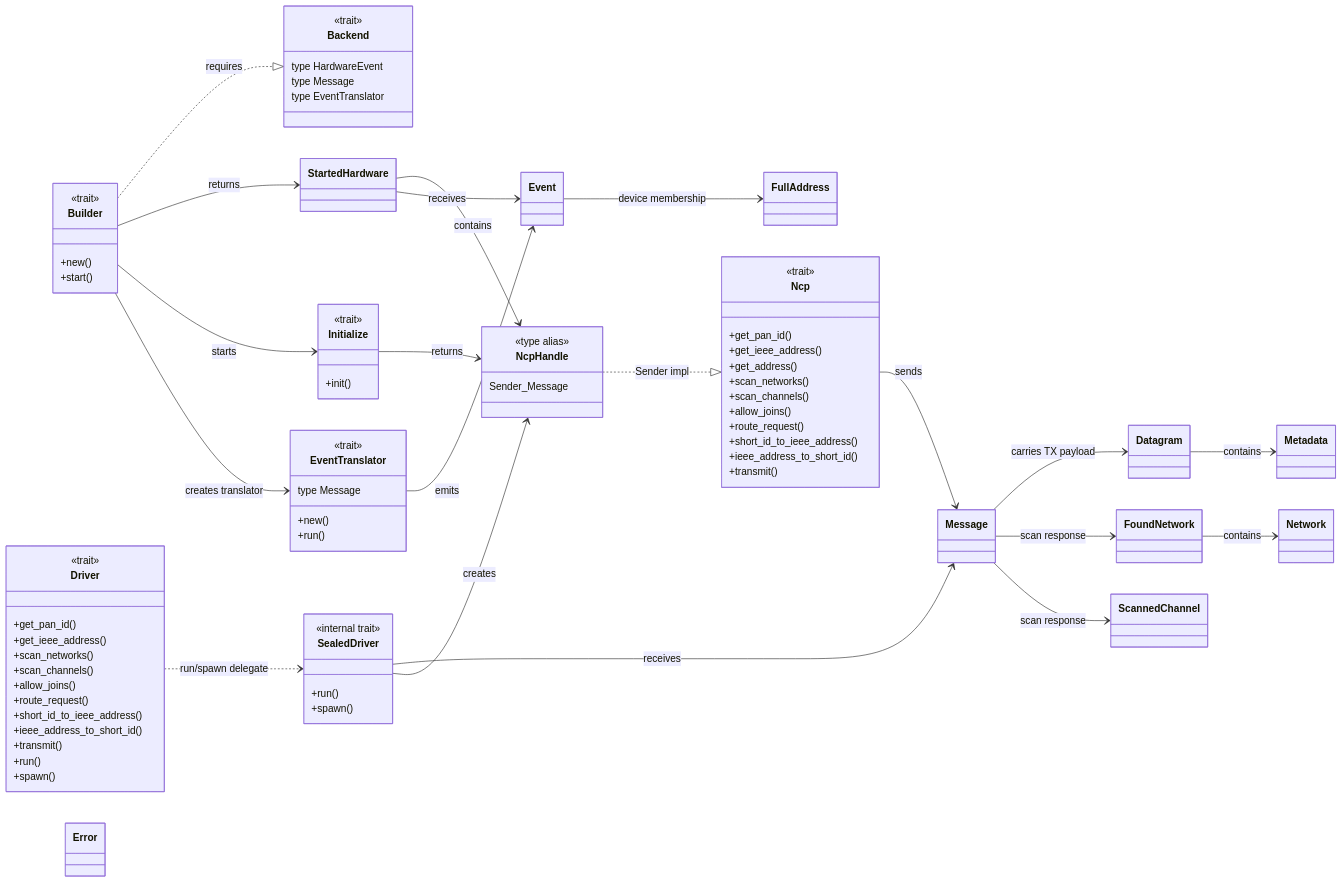
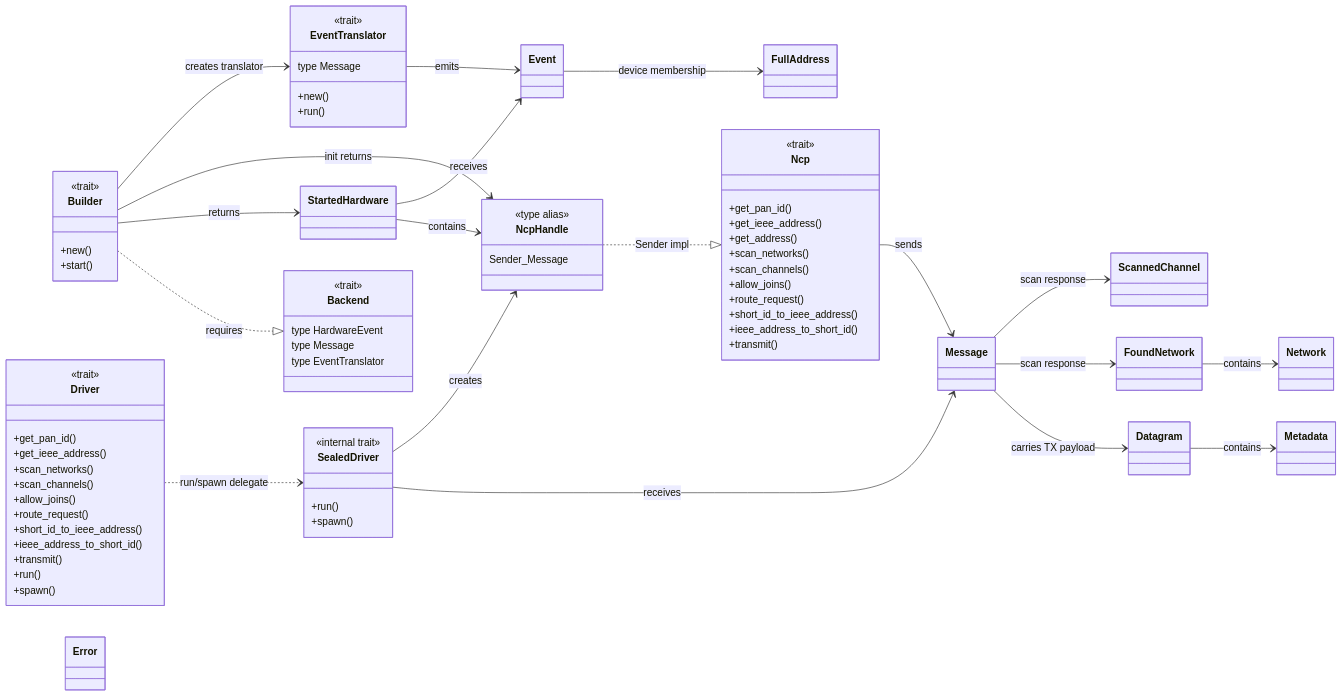
Before and after one commit to PaulmannLighting/apis-saltans: the first of 4 diagrams in hw/ARCHITECTURE.md, drawn with Mermaid. The commit also changed other lines of this file and 5 other files, not shown here.

Commit message:
Merge `init()` into `Builder` and adjust `start()`.

```diff
--- a/hw/ARCHITECTURE.md
+++ b/hw/ARCHITECTURE.md
@@ -79,11 +79,6 @@
         <<trait>>
         +new()
         +start()
-    }
-
-    class Initialize {
-        <<trait>>
-        +init()
     }
 
     class Driver {
@@ -146,12 +141,11 @@
 
     Builder ..|> Backend : requires
     Builder --> StartedHardware : returns
-    Builder --> Initialize : starts
+    Builder --> NcpHandle : init returns
     Builder --> EventTranslator : creates translator
     StartedHardware --> NcpHandle : contains
     StartedHardware --> Event : receives
     Event --> FullAddress : device membership
-    Initialize --> NcpHandle : returns
     EventTranslator --> Event : emits
     Driver ..> SealedDriver : run/spawn delegate
     SealedDriver --> Message : receives
```
